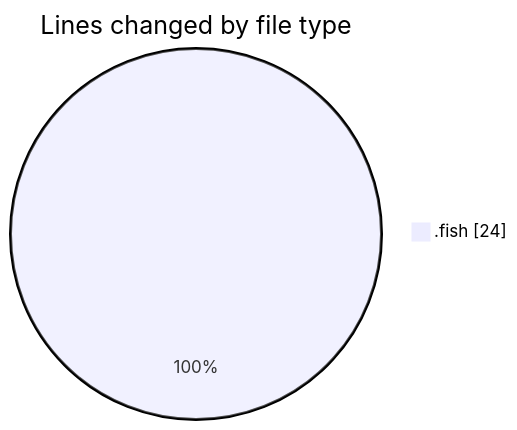
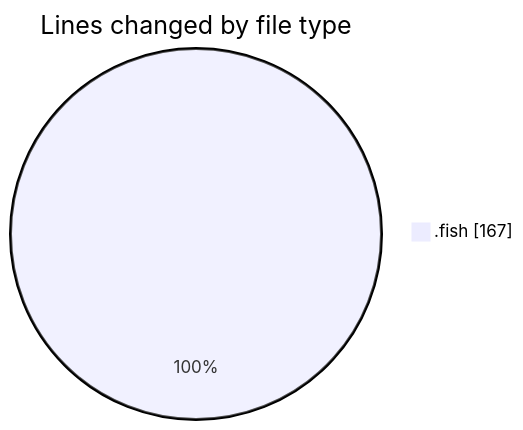
The first of 2 diagrams in 2025-07-10/fish/README.md (EIIisD/code-tracking), drawn with Mermaid before and after one commit. The commit also changed other lines of this file and 1 other file, not shown here.

````diff
--- a/2025-07-10/fish/README.md
+++ b/2025-07-10/fish/README.md
@@ -20,5 +20,5 @@
 ```mermaid
 pie showData
 title Lines changed by file type
-".fish" : 24
+".fish" : 167
 ```
````
